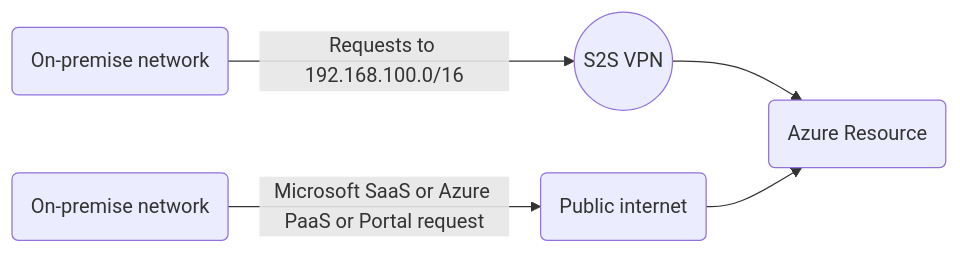
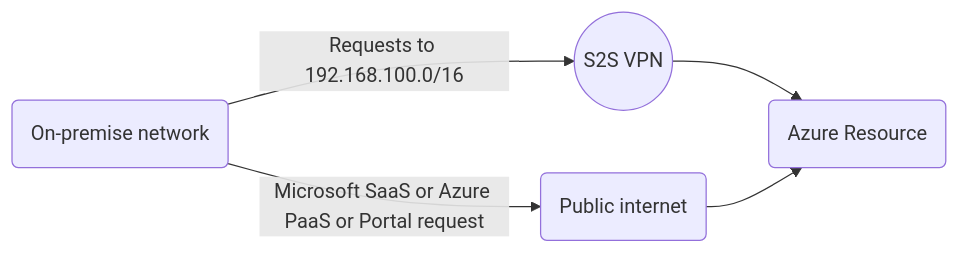
One commit to bigtoga/Examples changed the first of 5 diagrams in Cloud - Azure/Azure Virtual Networks/ExpressRoute.md. Above: the diagram before and after it, drawn with Mermaid.

````diff
--- a/Cloud - Azure/Azure Virtual Networks/ExpressRoute.md
+++ b/Cloud - Azure/Azure Virtual Networks/ExpressRoute.md
@@ -62,7 +62,7 @@
 ```mermaid
 graph LR
     A(On-premise network) -- Requests to 192.168.100.0/16 --> B((S2S VPN))
     B --> C(Azure Resource)
-    D(On-premise network) -- Microsoft SaaS or Azure PaaS or Portal request --> E(Public internet)
+    A -- Microsoft SaaS or Azure PaaS or Portal request --> E(Public internet)
     E --> C
 ```    
````
